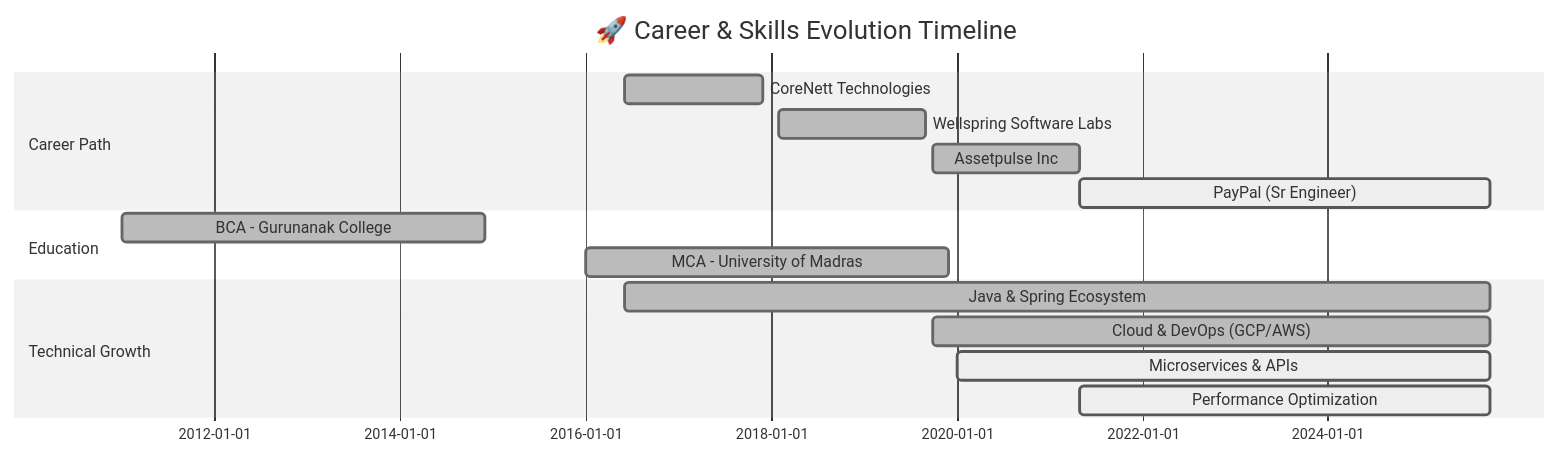
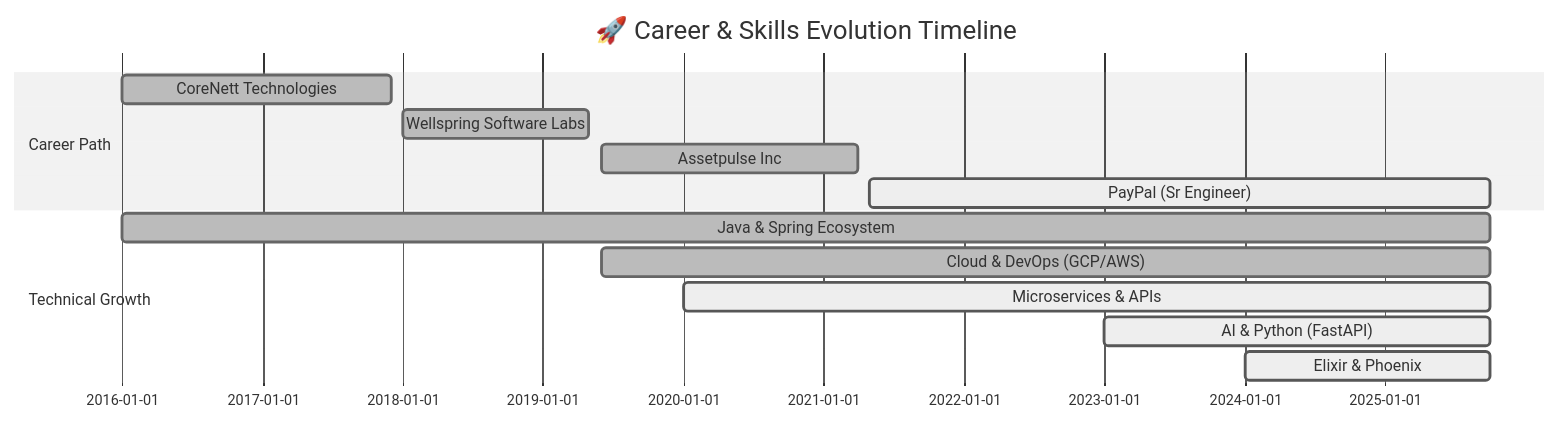
The diagram in README.md (sarvarunajvm/sarvarunajvm), drawn with Mermaid (neutral theme) before and after one commit. The commit also changed other lines of this file, not shown here.

````diff
--- a/README.md
+++ b/README.md
@@ -410,18 +327,16 @@
 ```mermaid
 gantt
     title 🚀 Career & Skills Evolution Timeline
     dateFormat YYYY-MM
     section Career Path
-    CoreNett Technologies       :done, 2016-06, 2017-12
-    Wellspring Software Labs    :done, 2018-02, 2019-09
-    Assetpulse Inc             :done, 2019-10, 2021-05
+    CoreNett Technologies       :done, 2016-01, 2017-12
+    Wellspring Software Labs    :done, 2018-01, 2019-05
+    Assetpulse Inc             :done, 2019-06, 2021-04
     PayPal (Sr Engineer)       :active, 2021-05, 2025-10
-    section Education
-    BCA - Gurunanak College    :done, 2011-01, 2014-12
-    MCA - University of Madras :done, 2016-01, 2019-12
     section Technical Growth
-    Java & Spring Ecosystem    :done, 2016-06, 2025-10
-    Cloud & DevOps (GCP/AWS)   :done, 2019-10, 2025-10
+    Java & Spring Ecosystem    :done, 2016-01, 2025-10
+    Cloud & DevOps (GCP/AWS)   :done, 2019-06, 2025-10
     Microservices & APIs       :active, 2020-01, 2025-10
-    Performance Optimization   :active, 2021-05, 2025-10
+    AI & Python (FastAPI)      :active, 2023-01, 2025-10
+    Elixir & Phoenix           :active, 2024-01, 2025-10
 ```
````
